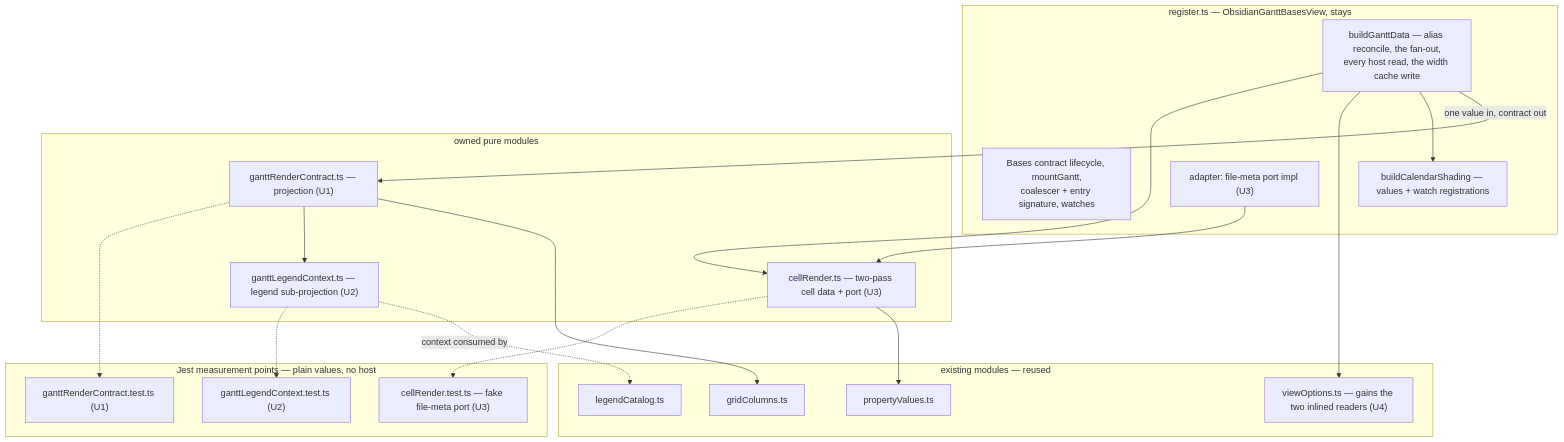
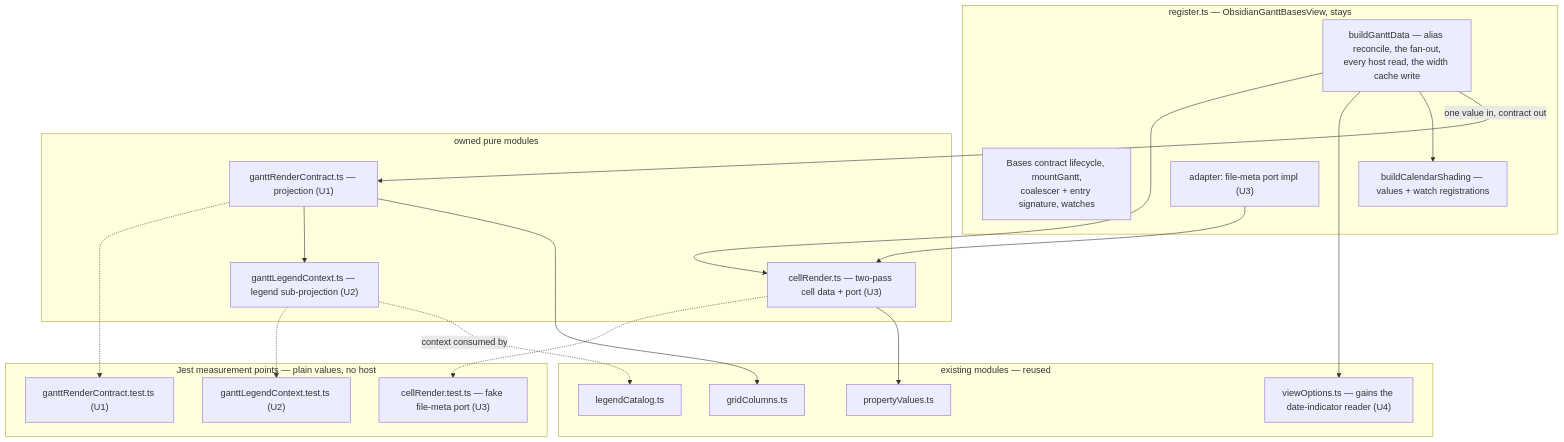
The first of 2 diagrams in docs/plans/2026-09-03-001-refactor-register-render-data-characterization-plan.md (renatomen/tasknotes-gantt), drawn with Mermaid before and after one commit. The commit also changed other lines of this file and 1 other file, not shown here.

````diff
--- a/docs/plans/2026-09-03-001-refactor-register-render-data-characterization-plan.md
+++ b/docs/plans/2026-09-03-001-refactor-register-render-data-characterization-plan.md
@@ -165,37 +165,37 @@
 ```mermaid
 flowchart TB
   subgraph host [register.ts — ObsidianGanttBasesView, stays]
     LC["Bases contract lifecycle, mountGantt,\ncoalescer + entry signature, watches"]
     BGD["buildGanttData — alias reconcile, the fan-out,\nevery host read, the width cache write"]
     SH["buildCalendarShading — values + watch registrations"]
     AD["adapter: file-meta port impl (U3)"]
   end
   subgraph new [owned pure modules]
     RC["ganttRenderContract.ts — projection (U1)"]
     LG["ganttLegendContext.ts — legend sub-projection (U2)"]
     CD["cellRender.ts — two-pass cell data + port (U3)"]
   end
   subgraph reuse [existing modules — reused]
-    VO["viewOptions.ts — gains the two inlined readers (U4)"]
+    VO["viewOptions.ts — gains the date-indicator reader (U4)"]
     GC["gridColumns.ts"]
     PV["propertyValues.ts"]
     LCat["legendCatalog.ts"]
   end
   subgraph tests [Jest measurement points — plain values, no host]
     T1["ganttRenderContract.test.ts (U1)"]
     T2["ganttLegendContext.test.ts (U2)"]
     T3["cellRender.test.ts — fake file-meta port (U3)"]
   end
   BGD -->|"one value in, contract out"| RC
   BGD --> SH
   BGD --> VO
   AD --> CD
   CD --> PV
   BGD --> CD
   RC --> GC
   RC --> LG
   LG -.->|"context consumed by"| LCat
   RC -.-> T1
   LG -.-> T2
   CD -.-> T3
 ```
````
